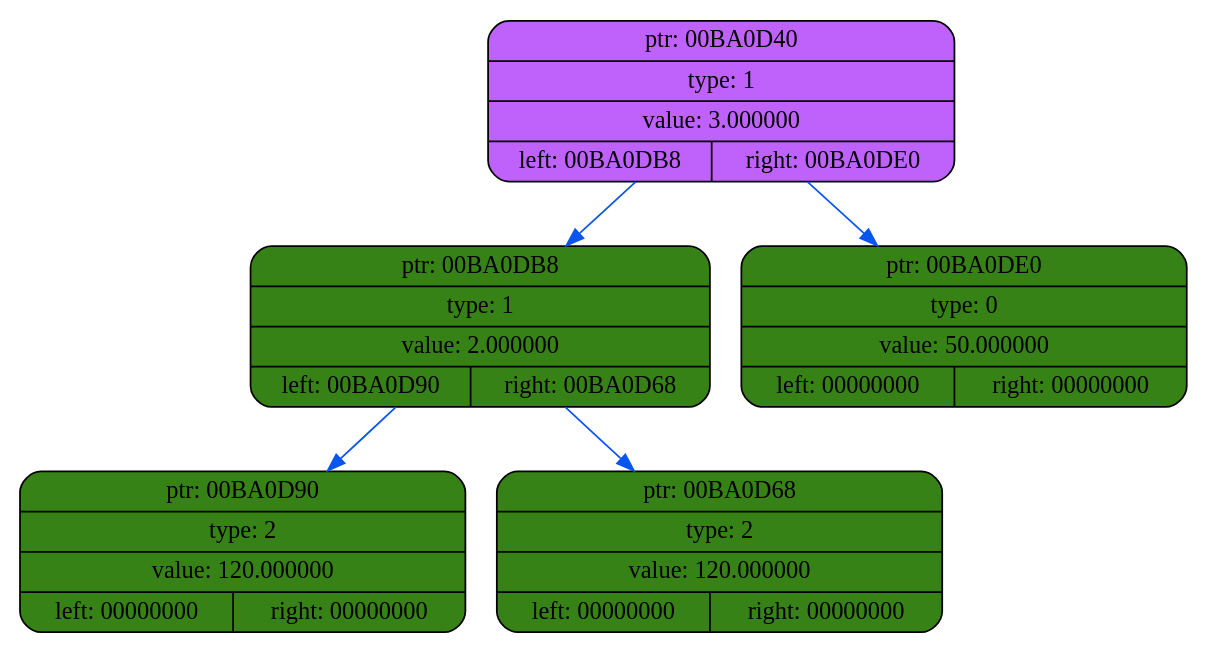
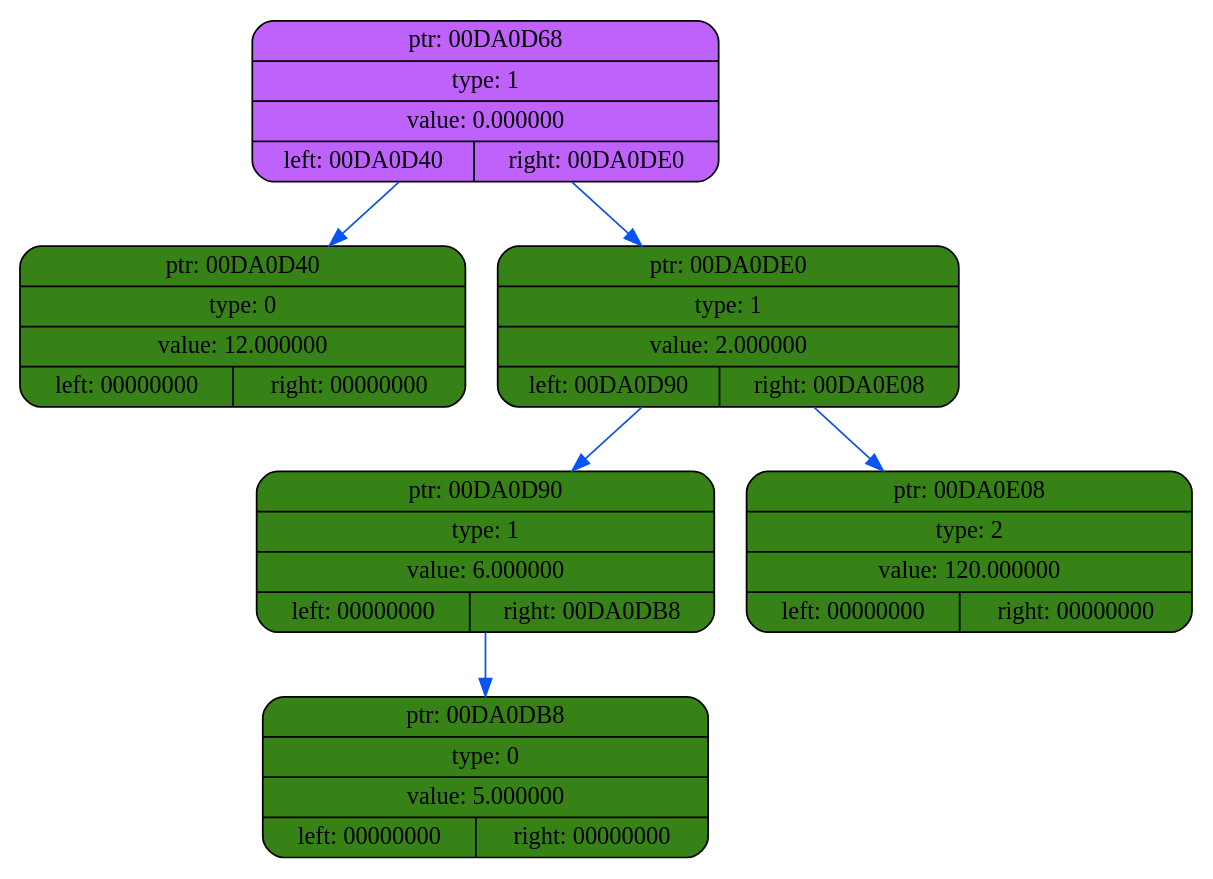
One commit to coffee8cat/differentiator changed the diagram in dump/dump1.dot. Above: the diagram before and after it, drawn with Graphviz. The commit also changed 16 other files, not shown here.

```diff
--- a/dump/dump1.dot
+++ b/dump/dump1.dot
@@ -1,14 +1,16 @@
 digraph
 {
     rankdir=TP
 
-        node00BA0D40[shape=record,style="rounded,filled",fillcolor="#BF62FC",label="{ ptr: 00BA0D40 | type: 1 | value: 3.000000| { left: 00BA0DB8 | right: 00BA0DE0 }}"];
-    node00BA0D40 -> node00BA0DB8[color="#0855F0"]
-    node00BA0DB8[shape=record,style="rounded,filled",fillcolor="#378217",label="{ ptr: 00BA0DB8 | type: 1 | value: 2.000000| { left: 00BA0D90 | right: 00BA0D68 }}"];
-    node00BA0DB8 -> node00BA0D90[color="#0855F0"]
-    node00BA0D90[shape=record,style="rounded,filled",fillcolor="#378217",label="{ ptr: 00BA0D90 | type: 2 | value: 120.000000| { left: 00000000 | right: 00000000 }}"];
-    node00BA0DB8 -> node00BA0D68[color="#0855F0"]
-    node00BA0D68[shape=record,style="rounded,filled",fillcolor="#378217",label="{ ptr: 00BA0D68 | type: 2 | value: 120.000000| { left: 00000000 | right: 00000000 }}"];
-    node00BA0D40 -> node00BA0DE0[color="#0855F0"]
-    node00BA0DE0[shape=record,style="rounded,filled",fillcolor="#378217",label="{ ptr: 00BA0DE0 | type: 0 | value: 50.000000| { left: 00000000 | right: 00000000 }}"];
+        node00DA0D68[shape=record,style="rounded,filled",fillcolor="#BF62FC",label="{ ptr: 00DA0D68 | type: 1 | value: 0.000000| { left: 00DA0D40 | right: 00DA0DE0 }}"];
+    node00DA0D68 -> node00DA0D40[color="#0855F0"]
+    node00DA0D40[shape=record,style="rounded,filled",fillcolor="#378217",label="{ ptr: 00DA0D40 | type: 0 | value: 12.000000| { left: 00000000 | right: 00000000 }}"];
+    node00DA0D68 -> node00DA0DE0[color="#0855F0"]
+    node00DA0DE0[shape=record,style="rounded,filled",fillcolor="#378217",label="{ ptr: 00DA0DE0 | type: 1 | value: 2.000000| { left: 00DA0D90 | right: 00DA0E08 }}"];
+    node00DA0DE0 -> node00DA0D90[color="#0855F0"]
+    node00DA0D90[shape=record,style="rounded,filled",fillcolor="#378217",label="{ ptr: 00DA0D90 | type: 1 | value: 6.000000| { left: 00000000 | right: 00DA0DB8 }}"];
+    node00DA0D90 -> node00DA0DB8[color="#0855F0"]
+    node00DA0DB8[shape=record,style="rounded,filled",fillcolor="#378217",label="{ ptr: 00DA0DB8 | type: 0 | value: 5.000000| { left: 00000000 | right: 00000000 }}"];
+    node00DA0DE0 -> node00DA0E08[color="#0855F0"]
+    node00DA0E08[shape=record,style="rounded,filled",fillcolor="#378217",label="{ ptr: 00DA0E08 | type: 2 | value: 120.000000| { left: 00000000 | right: 00000000 }}"];
 }
```
